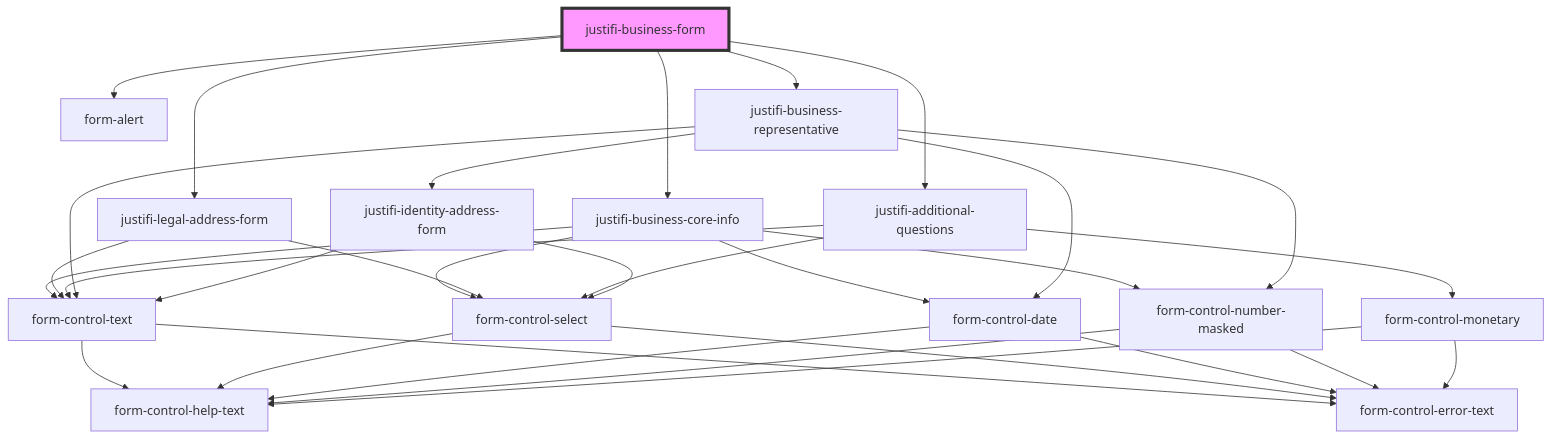
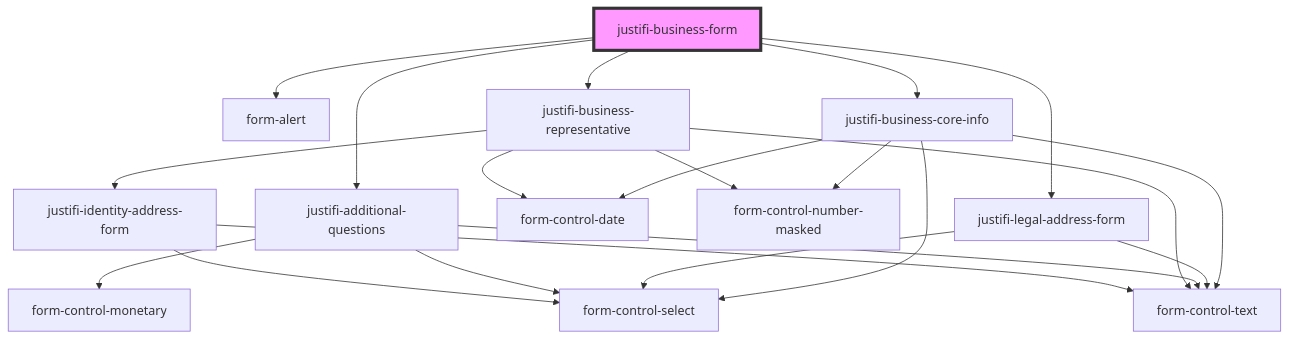
Before and after one commit to justifi-tech/web-component-library: the diagram in packages/webcomponents/src/components/business-forms/business-form/readme.md, drawn with Mermaid. The commit also changed 71 other files, not shown here.

````diff
--- a/packages/webcomponents/src/components/business-forms/business-form/readme.md
+++ b/packages/webcomponents/src/components/business-forms/business-form/readme.md
@@ -39,34 +39,24 @@
 ```mermaid
 graph TD;
   justifi-business-form --> form-alert
   justifi-business-form --> justifi-business-core-info
   justifi-business-form --> justifi-legal-address-form
   justifi-business-form --> justifi-additional-questions
   justifi-business-form --> justifi-business-representative
   justifi-business-core-info --> form-control-text
   justifi-business-core-info --> form-control-select
   justifi-business-core-info --> form-control-date
   justifi-business-core-info --> form-control-number-masked
-  form-control-text --> form-control-help-text
-  form-control-text --> form-control-error-text
-  form-control-select --> form-control-help-text
-  form-control-select --> form-control-error-text
-  form-control-date --> form-control-help-text
-  form-control-date --> form-control-error-text
-  form-control-number-masked --> form-control-help-text
-  form-control-number-masked --> form-control-error-text
   justifi-legal-address-form --> form-control-text
   justifi-legal-address-form --> form-control-select
   justifi-additional-questions --> form-control-monetary
   justifi-additional-questions --> form-control-select
   justifi-additional-questions --> form-control-text
-  form-control-monetary --> form-control-help-text
-  form-control-monetary --> form-control-error-text
   justifi-business-representative --> form-control-text
   justifi-business-representative --> form-control-number-masked
   justifi-business-representative --> form-control-date
   justifi-business-representative --> justifi-identity-address-form
   justifi-identity-address-form --> form-control-text
   justifi-identity-address-form --> form-control-select
   style justifi-business-form fill:#f9f,stroke:#333,stroke-width:4px
 ```
````
